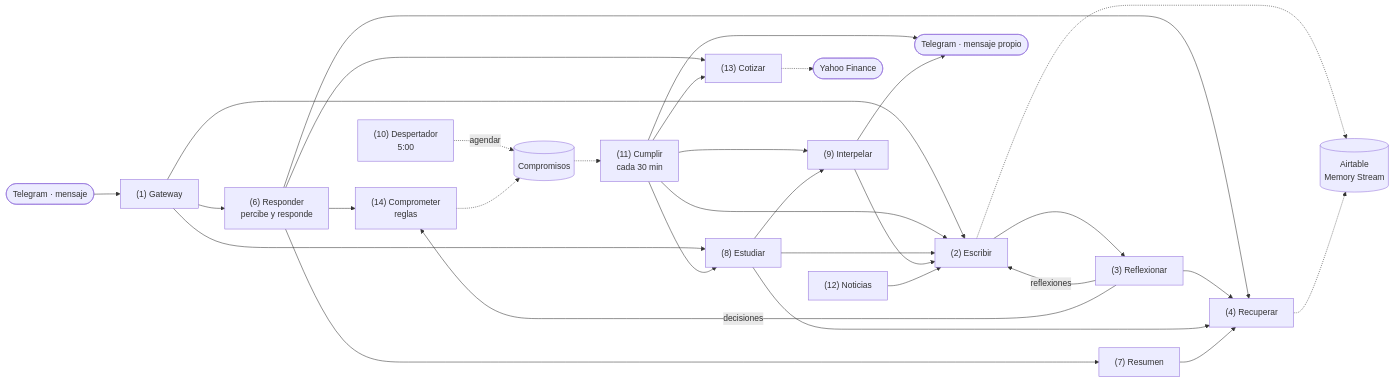
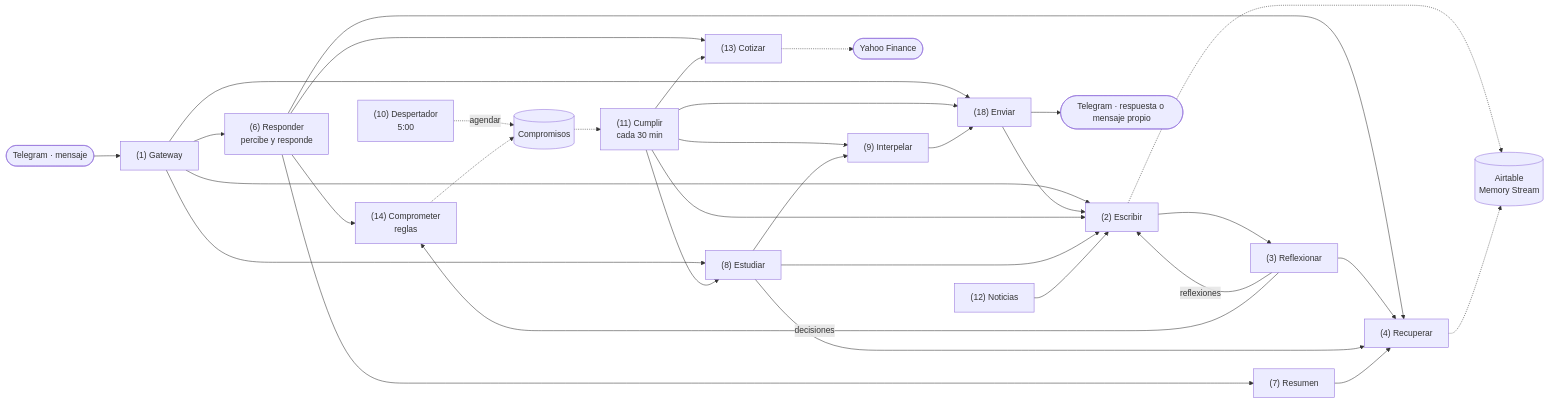
Before and after one commit to aguscort/generative-agent: the first of 2 diagrams in DOCUMENTACION.md, drawn with Mermaid. The commit also changed other lines of this file and 1 other file, not shown here.

````diff
--- a/DOCUMENTACION.md
+++ b/DOCUMENTACION.md
@@ -87,33 +89,35 @@
 ```mermaid
 flowchart LR
     TG([Telegram · mensaje]) --> GW["(1) Gateway"]
     GW --> RS["(6) Responder<br/>percibe y responde"]
     RS --> CMP["(14) Comprometer<br/>reglas"]
     RS --> COT["(13) Cotizar"]
     RS --> RES["(7) Resumen"]
     RS --> REC["(4) Recuperar"]
     GW --> ESC["(2) Escribir"]
     GW --> EST["(8) Estudiar"]
+    GW --> ENV["(18) Enviar"]
+    ENV --> TGO([Telegram · respuesta o mensaje propio])
+    ENV --> ESC
     ESC --> REF["(3) Reflexionar"]
     REF --> REC
     REF -- reflexiones --> ESC
     REF -- decisiones --> CMP
     DSP["(10) Despertador<br/>5:00"] -. agendar .-> CS
     CMP -.-> CS[("Compromisos")]
     CS -.-> CUM["(11) Cumplir<br/>cada 30 min"]
     CUM --> COT
     CUM --> EST
     CUM --> INT["(9) Interpelar"]
     CUM --> ESC
-    CUM --> TGO([Telegram · mensaje propio])
+    CUM --> ENV
     EST --> INT
     EST --> REC
     EST --> ESC
-    INT --> ESC
-    INT --> TGO
+    INT --> ENV
     RES --> REC
     NOT["(12) Noticias"] --> ESC
     COT -.-> YF([Yahoo Finance])
     ESC -.-> AT[(Airtable<br/>Memory Stream)]
     REC -.-> AT
 ```
````
